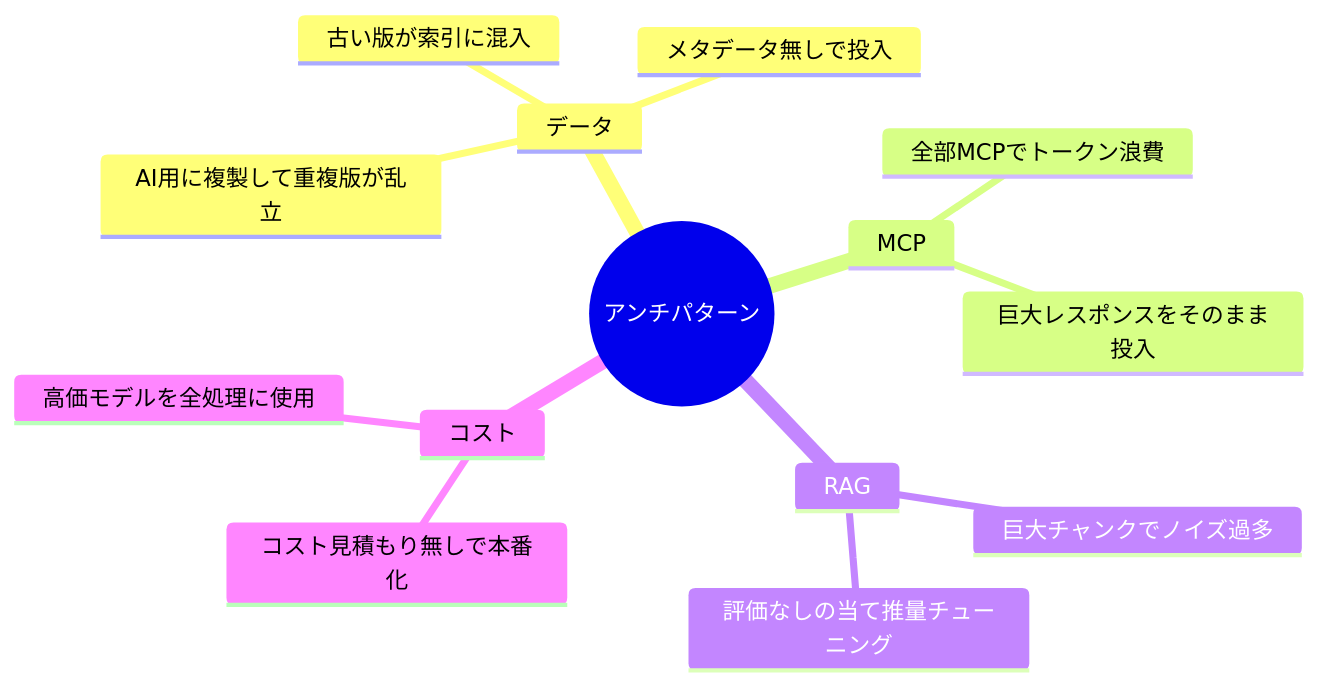
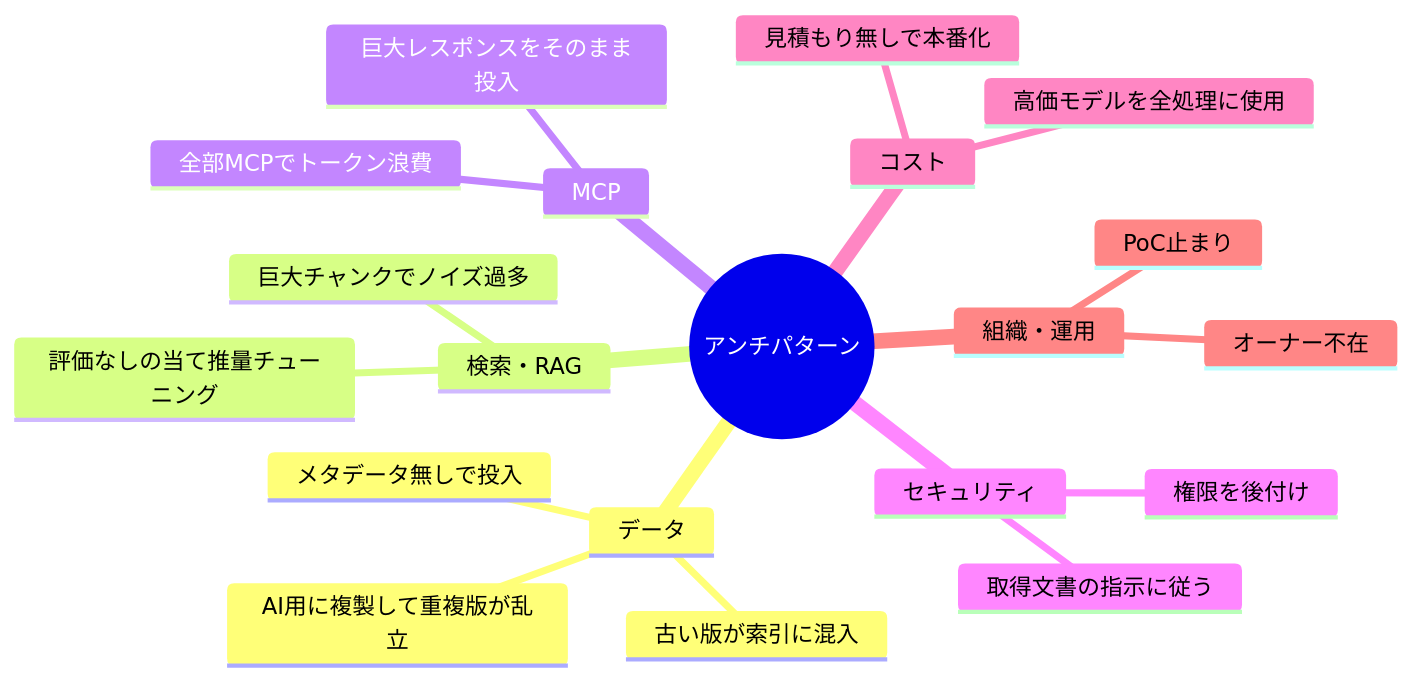
The diagram in src/content/docs/anti-patterns/index.md (mike-sugimoto/ai-tech-notes), drawn with Mermaid before and after one commit. The commit also changed other lines of this file and 9 other files, not shown here.

First line of the commit message:
Revise anti-patterns chapter and fix clipped Mermaid labels

````diff
--- a/src/content/docs/anti-patterns/index.md
+++ b/src/content/docs/anti-patterns/index.md
@@ -13,17 +14,23 @@
 ```mermaid
 mindmap
   root((アンチパターン))
     データ
       AI用に複製して重複版が乱立
       古い版が索引に混入
       メタデータ無しで投入
+    検索・RAG
+      巨大チャンクでノイズ過多
+      評価なしの当て推量チューニング
     MCP
       全部MCPでトークン浪費
       巨大レスポンスをそのまま投入
-    RAG
-      巨大チャンクでノイズ過多
-      評価なしの当て推量チューニング
+    セキュリティ
+      権限を後付け
+      取得文書の指示に従う
     コスト
-      コスト見積もり無しで本番化
+      見積もり無しで本番化
       高価モデルを全処理に使用
+    組織・運用
+      オーナー不在
+      PoC止まり
 ```
````
